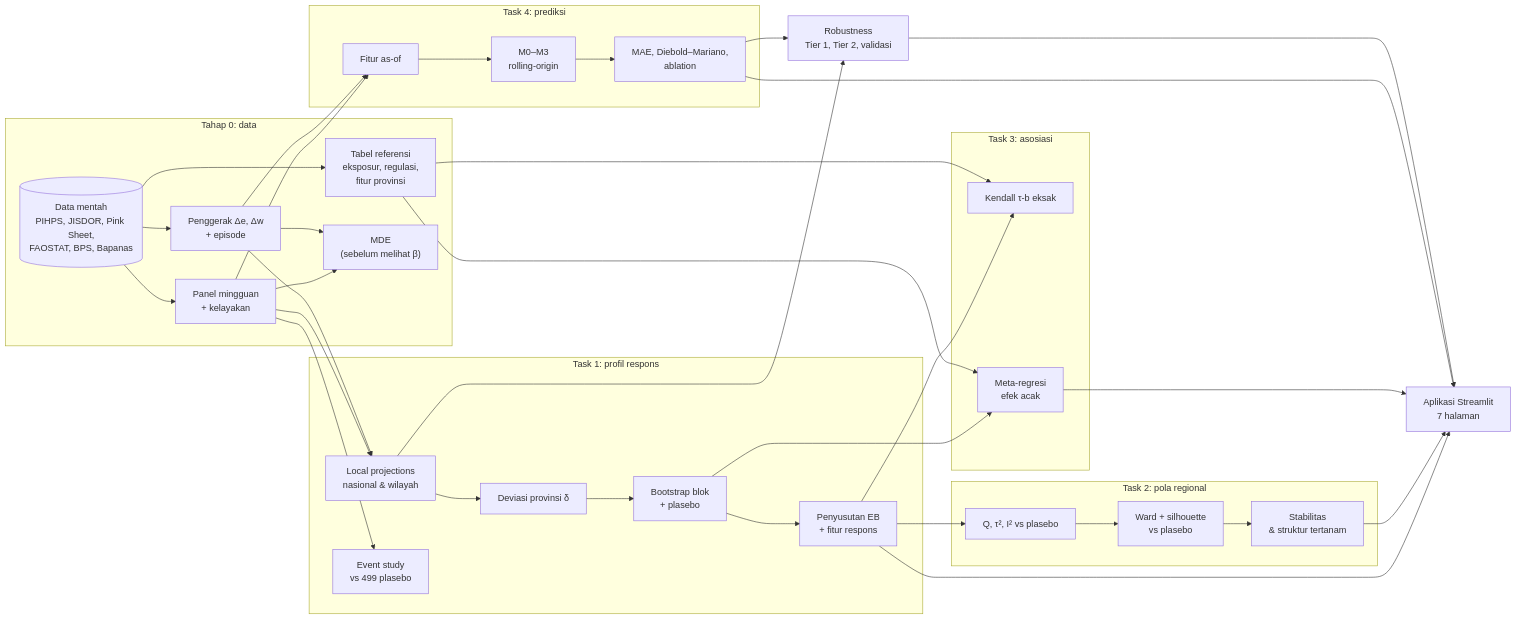
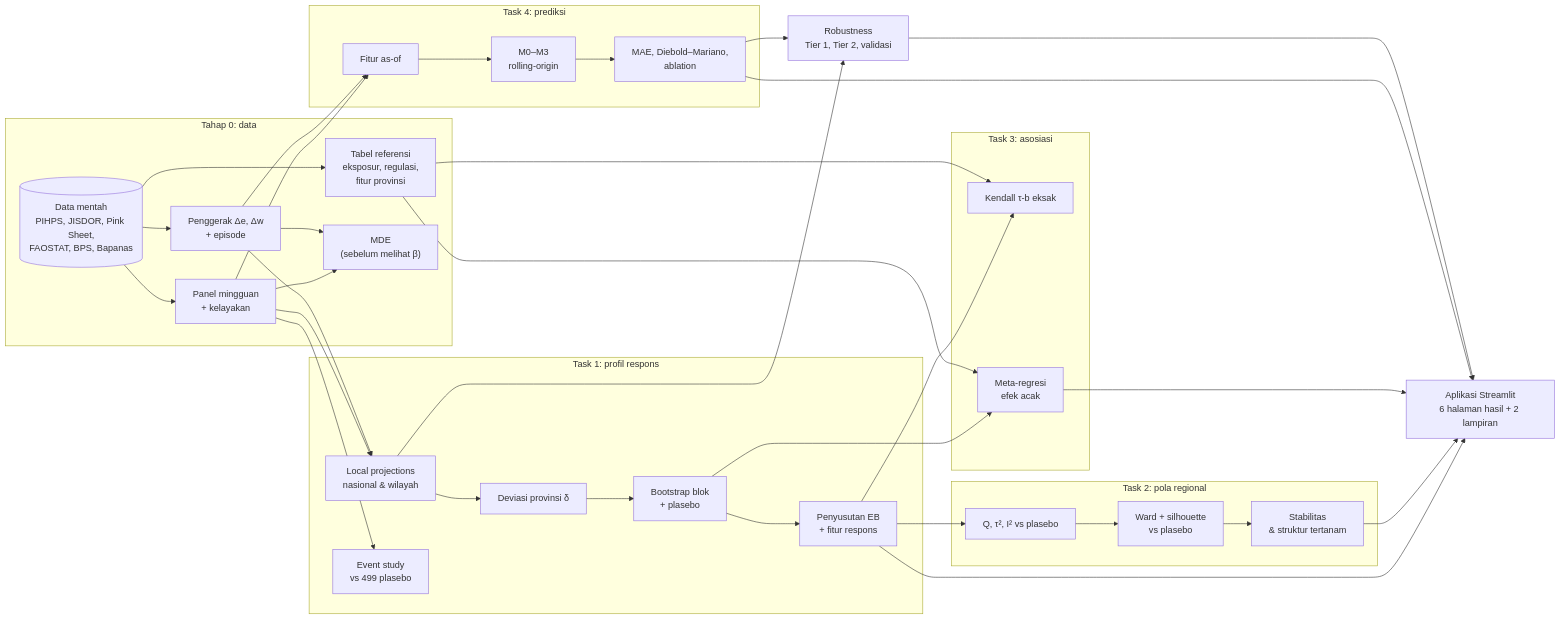
Before and after one commit to danenftyessir/kurs-associated-grocery-analysis-of-markets-in-indonesia: the diagram in README.md, drawn with Mermaid. The commit also changed other lines of this file and 26 other files, not shown here.

````diff
--- a/README.md
+++ b/README.md
@@ -167,43 +167,43 @@
 ```mermaid
 flowchart LR
     subgraph S0["Tahap 0: data"]
         R[("Data mentah<br/>PIHPS, JISDOR, Pink Sheet,<br/>FAOSTAT, BPS, Bapanas")] --> W["Panel mingguan<br/>+ kelayakan"]
         R --> D["Penggerak Δe, Δw<br/>+ episode"]
         R --> T["Tabel referensi<br/>eksposur, regulasi,<br/>fitur provinsi"]
         W --> M["MDE<br/>(sebelum melihat β)"]
         D --> M
     end
     subgraph T1["Task 1: profil respons"]
         LP["Local projections<br/>nasional & wilayah"] --> DEV["Deviasi provinsi δ"]
         DEV --> BOOT["Bootstrap blok<br/>+ plasebo"]
         BOOT --> EB["Penyusutan EB<br/>+ fitur respons"]
         ES["Event study<br/>vs 499 plasebo"]
     end
     subgraph T2["Task 2: pola regional"]
         HET["Q, τ², I² vs plasebo"] --> CL["Ward + silhouette<br/>vs plasebo"] --> STB["Stabilitas<br/>& struktur tertanam"]
     end
     subgraph T3["Task 3: asosiasi"]
         KEN["Kendall τ-b eksak"]
         MR["Meta-regresi<br/>efek acak"]
     end
     subgraph T4["Task 4: prediksi"]
         F["Fitur as-of"] --> MOD["M0–M3<br/>rolling-origin"] --> DM["MAE, Diebold–Mariano,<br/>ablation"]
     end
     W --> LP
     D --> LP
     W --> ES
     EB --> HET
     EB --> KEN
     T --> KEN
     BOOT --> MR
     T --> MR
     W --> F
     D --> F
     LP --> ROB["Robustness<br/>Tier 1, Tier 2, validasi"]
     DM --> ROB
-    EB --> APP["Aplikasi Streamlit<br/>7 halaman"]
+    EB --> APP["Aplikasi Streamlit<br/>6 halaman hasil + 2 lampiran"]
     STB --> APP
     MR --> APP
     DM --> APP
     ROB --> APP
 ```
````
